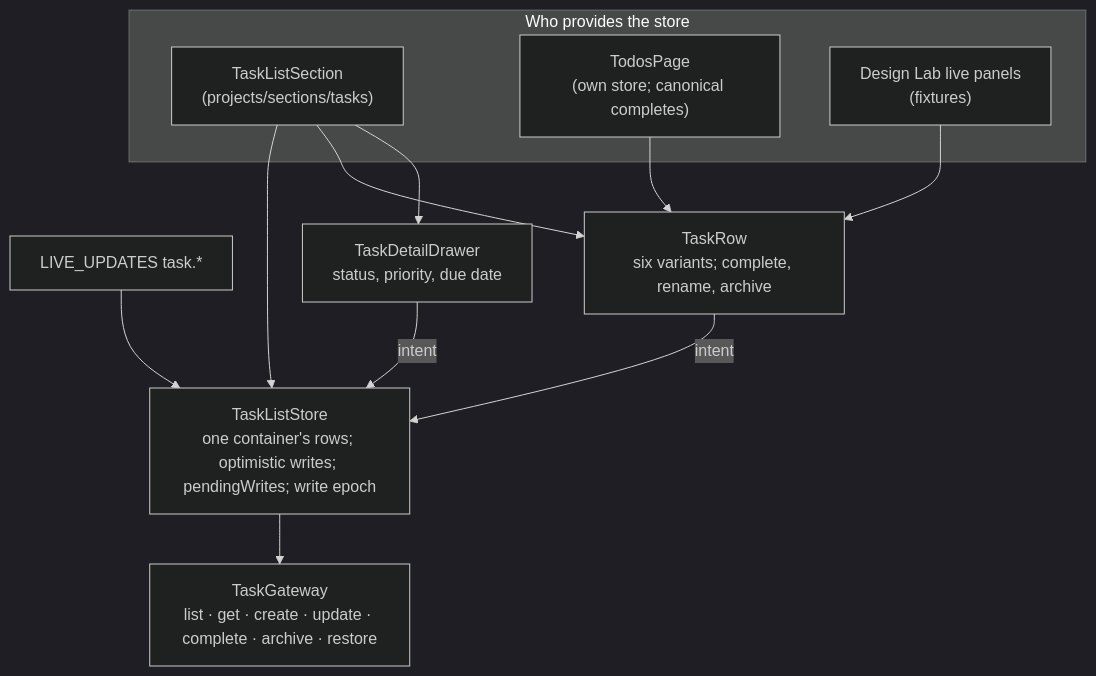
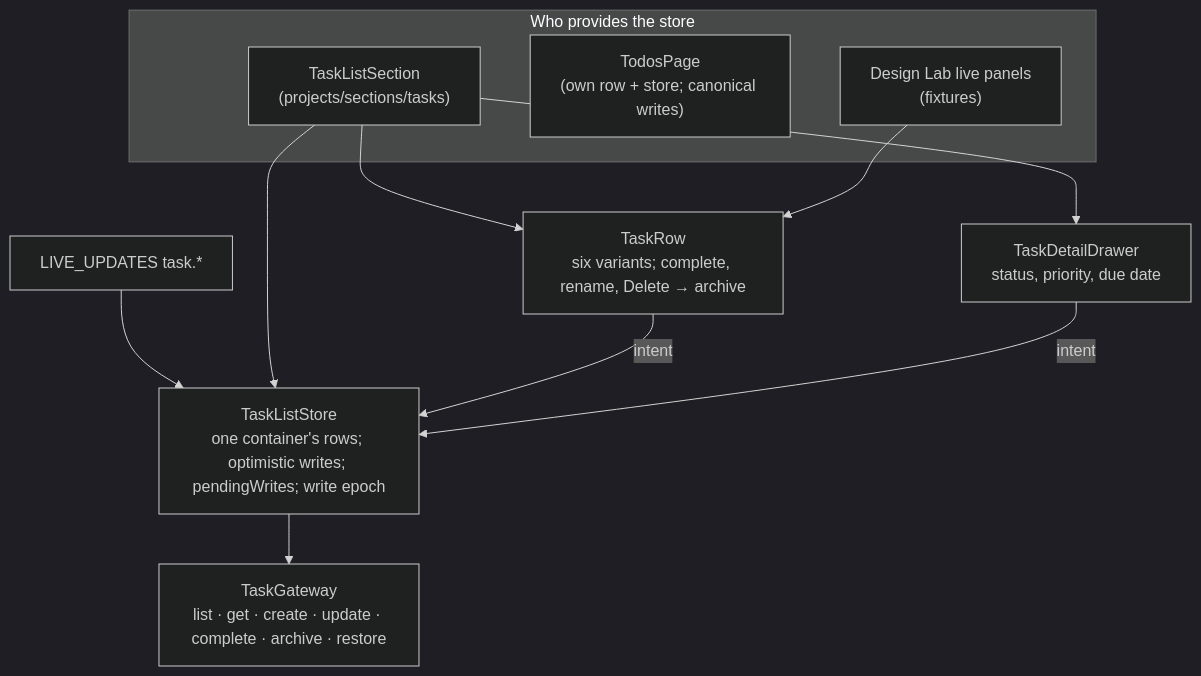
The first of 2 diagrams in docs/architecture/web/tasks/what.md (CalciteDragon/Canvas-work-manager-prototype), drawn with Mermaid (dark theme) before and after one commit. The commit also changed other lines of this file and 113 other files, not shown here.

Commit message:
Slice 43: one-step removal and reversible task Delete

````diff
--- a/docs/architecture/web/tasks/what.md
+++ b/docs/architecture/web/tasks/what.md
@@ -5,21 +5,20 @@
 ```mermaid
 flowchart TB
   live["LIVE_UPDATES task.*"] --> store
   subgraph owners["Who provides the store"]
     tls["TaskListSection<br/>(projects/sections/tasks)"]
-    todos["TodosPage<br/>(own store; canonical completes)"]
+    todos["TodosPage<br/>(own row + store; canonical writes)"]
     lab["Design Lab live panels<br/>(fixtures)"]
   end
   store["TaskListStore<br/>one container's rows; optimistic writes; pendingWrites; write epoch"]
-  row["TaskRow<br/>six variants; complete, rename, archive"]
+  row["TaskRow<br/>six variants; complete, rename, Delete → archive"]
   drawer["TaskDetailDrawer<br/>status, priority, due date"]
   gw["TaskGateway<br/>list · get · create · update · complete · archive · restore"]
   tls --> store
   store --> gw
   tls --> row
   tls --> drawer
-  todos --> row
   lab --> row
   row -->|intent| store
   drawer -->|intent| store
 ```
````
